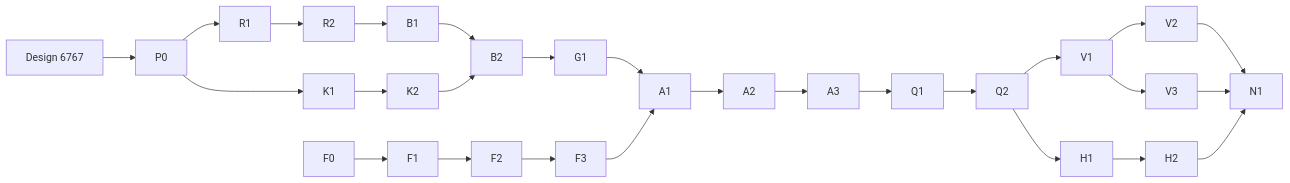
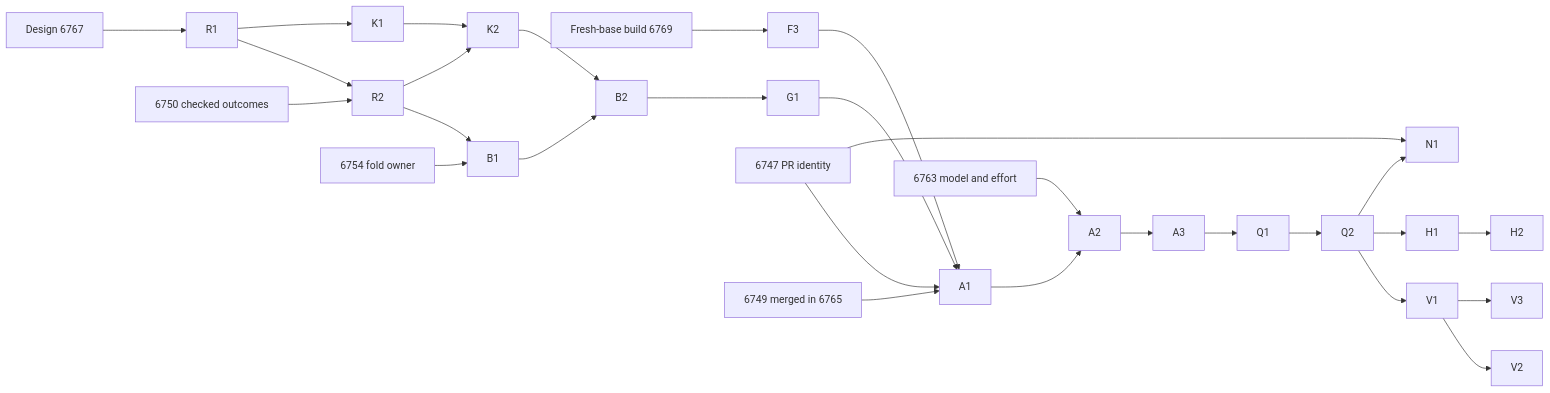
One commit to lsm/HyperNeo changed the third of 3 diagrams in docs/design/neo-work-dependencies.md. Above: the diagram before and after it, drawn with Mermaid. The commit also changed other lines of this file, not shown here.

````diff
--- a/docs/design/neo-work-dependencies.md
+++ b/docs/design/neo-work-dependencies.md
@@ -352,19 +356,24 @@
 ```mermaid
 flowchart LR
-    F0 --> F1 --> F2 --> F3
-    D[Design 6767] --> P0
-    P0 --> R1 --> R2 --> B1
-    P0 --> K1 --> K2
+    F2[Fresh-base build 6769] --> F3
+    D[Design 6767] --> R1
+    R1 --> R2 --> B1
+    R1 --> K1 --> K2
+    R2 --> K2
+    X6750[6750 checked outcomes] --> R2
+    X6754[6754 fold owner] --> B1
     B1 --> B2
     K2 --> B2
     B2 --> G1 --> A1
     F3 --> A1
+    X6747[6747 PR identity] --> A1
+    X6749[6749 merged in 6765] --> A1
+    X6763[6763 model and effort] --> A2
     A1 --> A2 --> A3 --> Q1 --> Q2
     Q2 --> V1
     V1 --> V2
     V1 --> V3
     Q2 --> H1 --> H2
-    V2 --> N1
-    V3 --> N1
-    H2 --> N1
+    Q2 --> N1
+    X6747 --> N1
 ```
````
